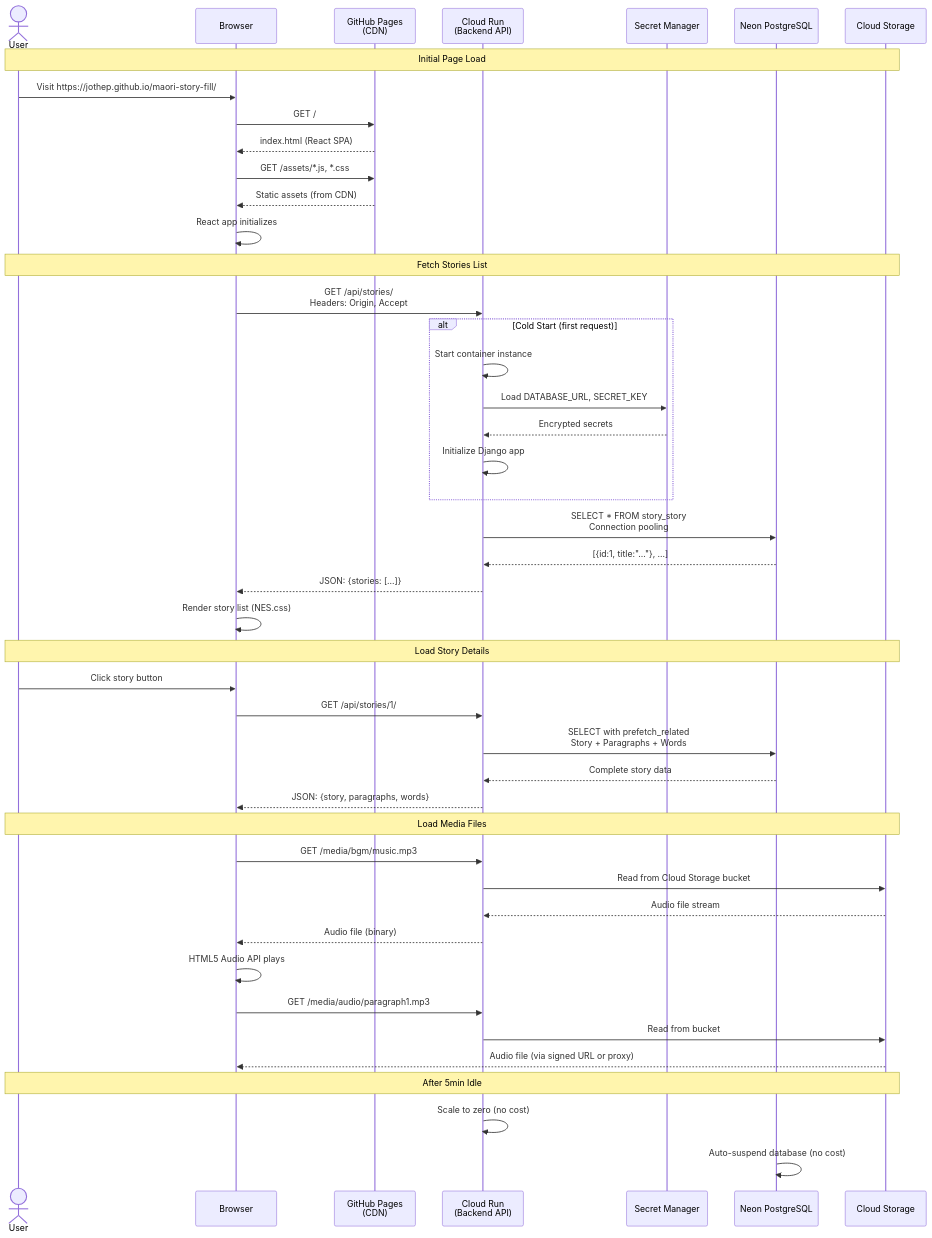
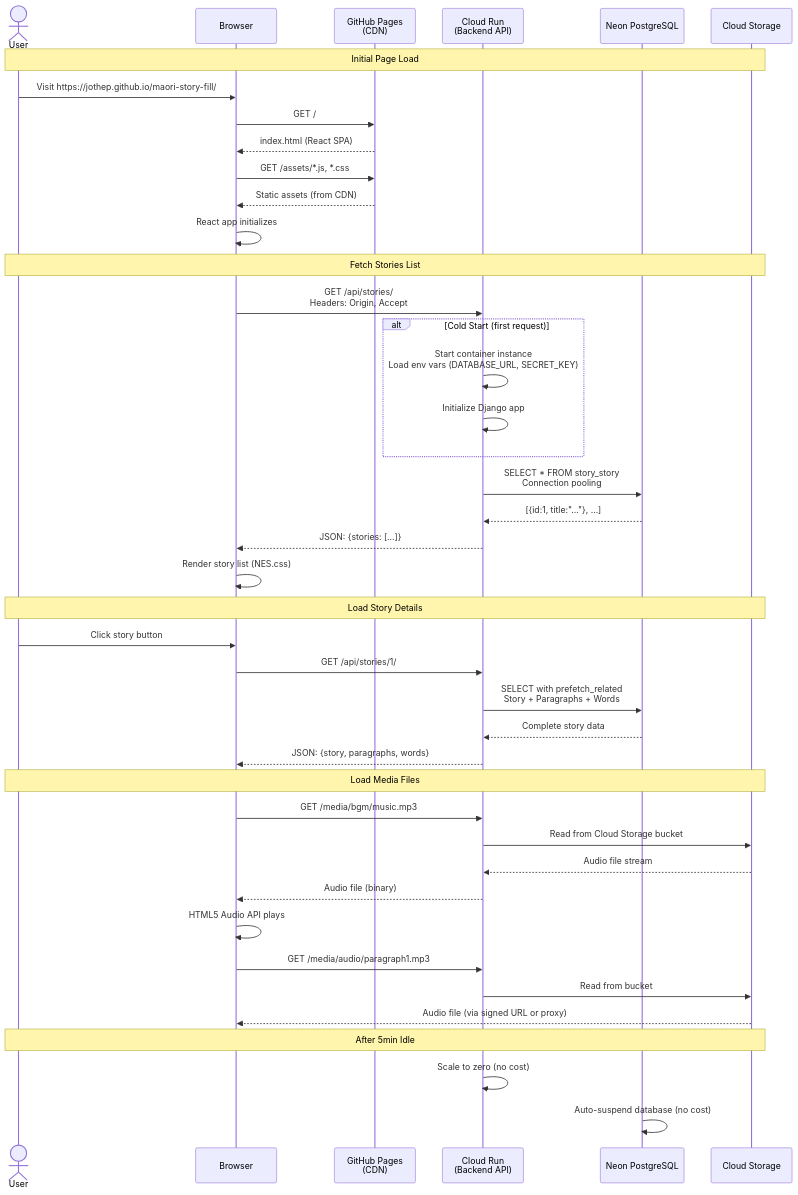
The second of 4 diagrams in docs/architecture-production-gcp.md (jothep/story-filler), drawn with Mermaid before and after one commit. The commit also changed other lines of this file and 1 other file, not shown here.

First line of the commit message:
Fix: Remove Secret Manager and update browser support in architecture docs

````diff
--- a/docs/architecture-production-gcp.md
+++ b/docs/architecture-production-gcp.md
@@ -95,55 +89,52 @@
 ```mermaid
 sequenceDiagram
     actor User
     participant Browser
     participant GHPages as GitHub Pages<br/>(CDN)
     participant CloudRun as Cloud Run<br/>(Backend API)
-    participant SecretMgr as Secret Manager
     participant Neon as Neon PostgreSQL
     participant GCS as Cloud Storage
 
     Note over User,GCS: Initial Page Load
     User->>Browser: Visit https://jothep.github.io/maori-story-fill/
     Browser->>GHPages: GET /
     GHPages-->>Browser: index.html (React SPA)
     Browser->>GHPages: GET /assets/*.js, *.css
     GHPages-->>Browser: Static assets (from CDN)
     Browser->>Browser: React app initializes
 
     Note over User,GCS: Fetch Stories List
     Browser->>CloudRun: GET /api/stories/<br/>Headers: Origin, Accept
     
     alt Cold Start (first request)
-        CloudRun->>CloudRun: Start container instance
-        CloudRun->>SecretMgr: Load DATABASE_URL, SECRET_KEY
-        SecretMgr-->>CloudRun: Encrypted secrets
+        CloudRun->>CloudRun: Start container instance<br/>Load env vars (DATABASE_URL, SECRET_KEY)
         CloudRun->>CloudRun: Initialize Django app
     end
     
     CloudRun->>Neon: SELECT * FROM story_story<br/>Connection pooling
     Neon-->>CloudRun: [{id:1, title:"..."}, ...]
     CloudRun-->>Browser: JSON: {stories: [...]}
     Browser->>Browser: Render story list (NES.css)
 
     Note over User,GCS: Load Story Details
     User->>Browser: Click story button
     Browser->>CloudRun: GET /api/stories/1/
     CloudRun->>Neon: SELECT with prefetch_related<br/>Story + Paragraphs + Words
     Neon-->>CloudRun: Complete story data
     CloudRun-->>Browser: JSON: {story, paragraphs, words}
 
     Note over User,GCS: Load Media Files
     Browser->>CloudRun: GET /media/bgm/music.mp3
     CloudRun->>GCS: Read from Cloud Storage bucket
     GCS-->>CloudRun: Audio file stream
     CloudRun-->>Browser: Audio file (binary)
     Browser->>Browser: HTML5 Audio API plays
 
     Browser->>CloudRun: GET /media/audio/paragraph1.mp3
     CloudRun->>GCS: Read from bucket
     GCS-->>Browser: Audio file (via signed URL or proxy)
 
     Note over User,GCS: After 5min Idle
     CloudRun->>CloudRun: Scale to zero (no cost)
     Neon->>Neon: Auto-suspend database (no cost)
 ```
````
